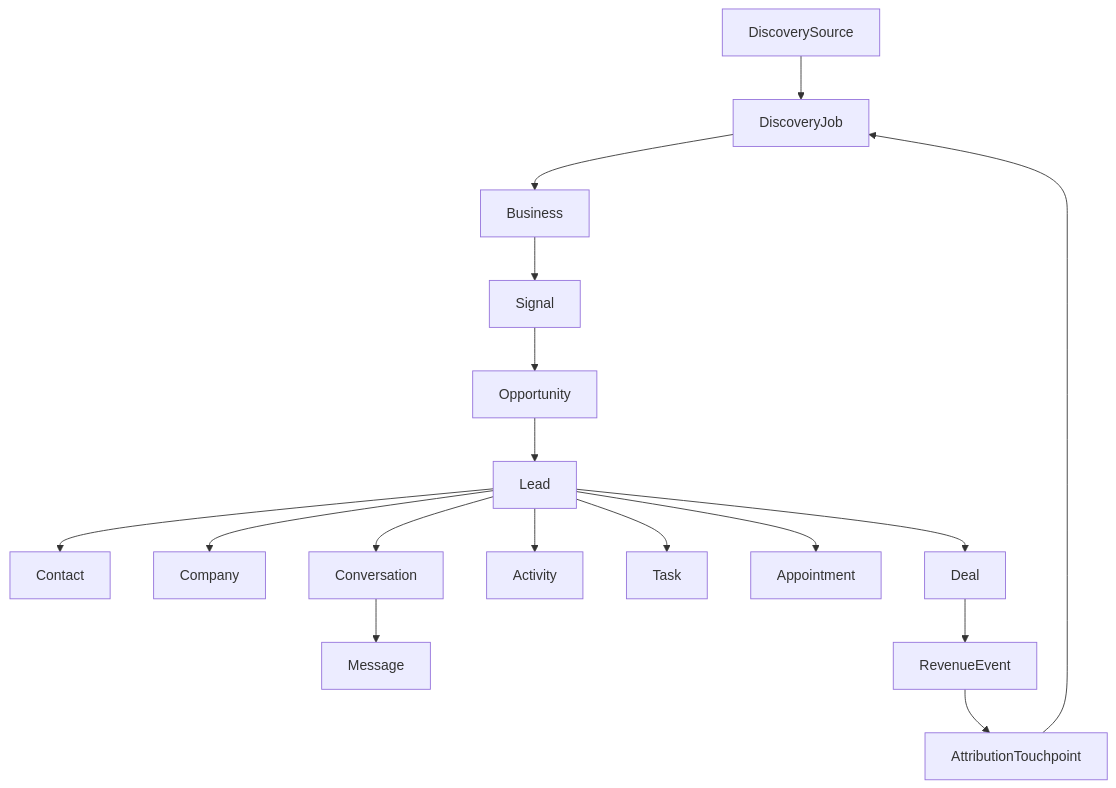
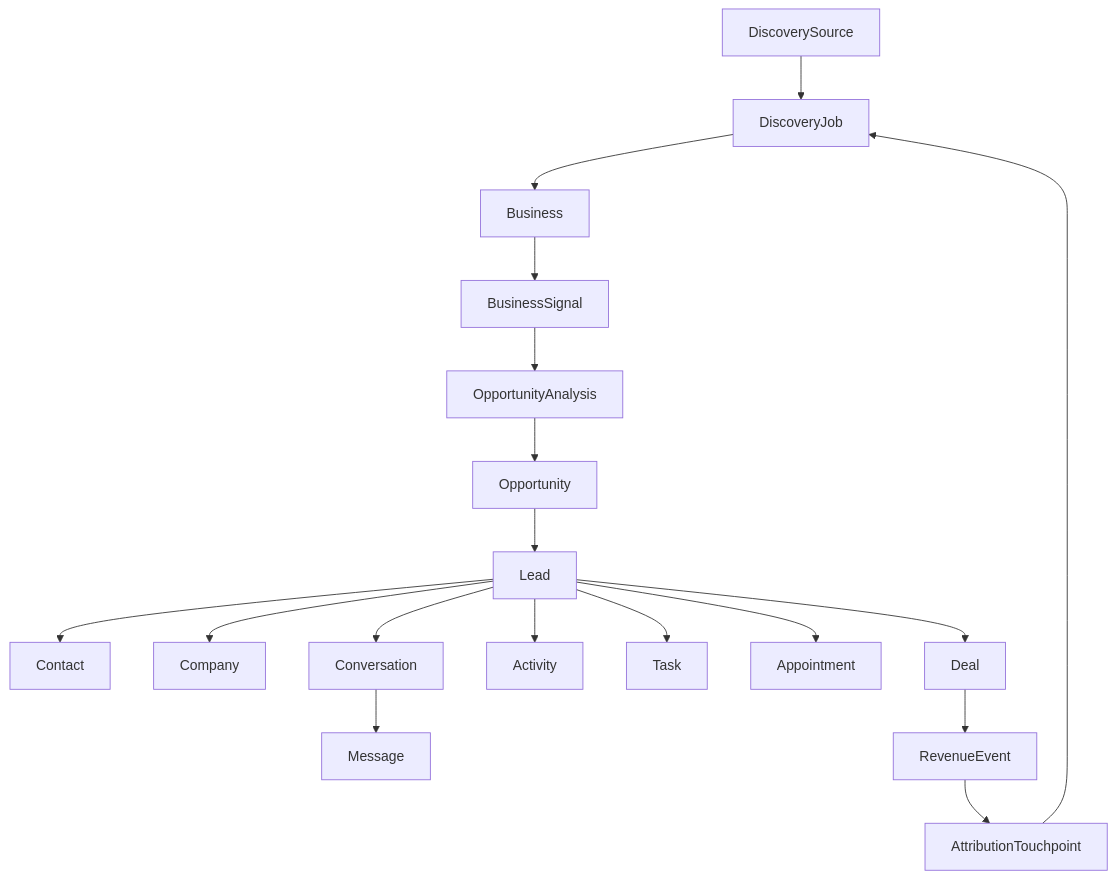
The diagram in ENTITY_MODEL.md (s0991524441-gif/nemo), drawn with Mermaid before and after one commit. The commit also changed other lines of this file and 12 other files, not shown here.

````diff
--- a/ENTITY_MODEL.md
+++ b/ENTITY_MODEL.md
@@ -8,19 +8,20 @@
 ```mermaid
 flowchart TD
   DS[DiscoverySource] --> DJ[DiscoveryJob]
   DJ --> B[Business]
-  B --> S[Signal]
-  S --> O[Opportunity]
+  B --> S[BusinessSignal]
+  S --> AN[OpportunityAnalysis]
+  AN --> O[Opportunity]
   O --> L[Lead]
   L --> C[Contact]
   L --> CO[Company]
   L --> CV[Conversation]
   CV --> M[Message]
   L --> A[Activity]
   L --> T[Task]
   L --> AP[Appointment]
   L --> D[Deal]
   D --> R[RevenueEvent]
   R --> AT[AttributionTouchpoint]
   AT --> DJ
 ```
````
